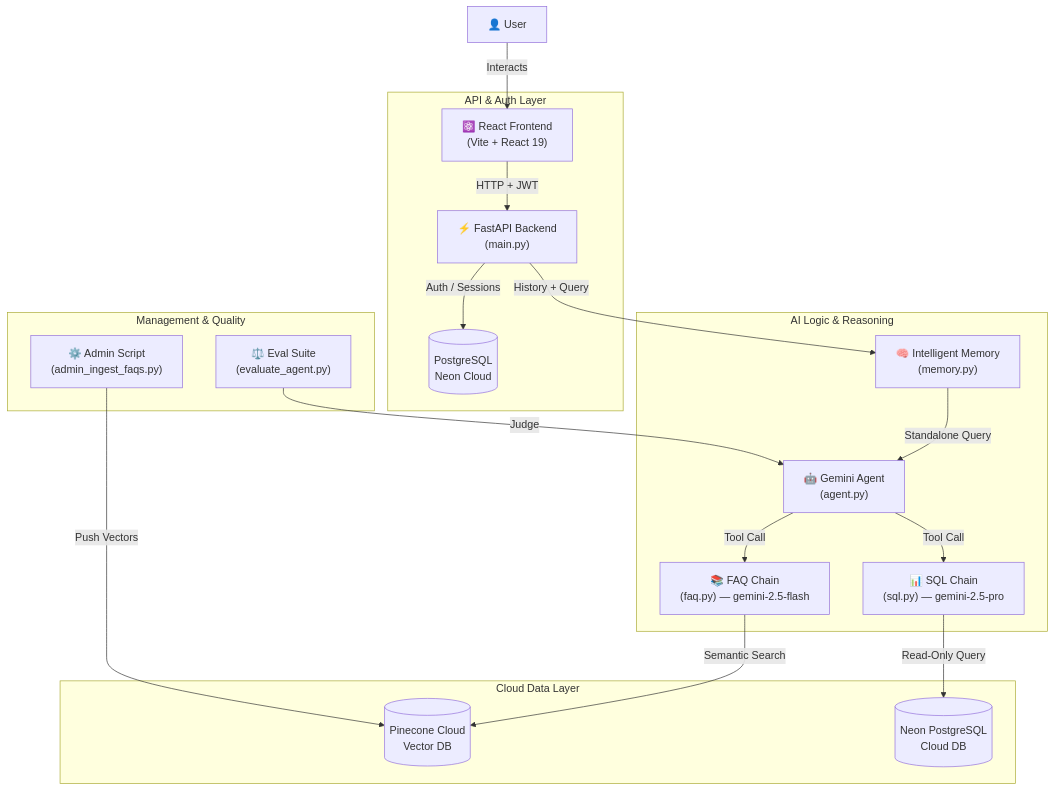
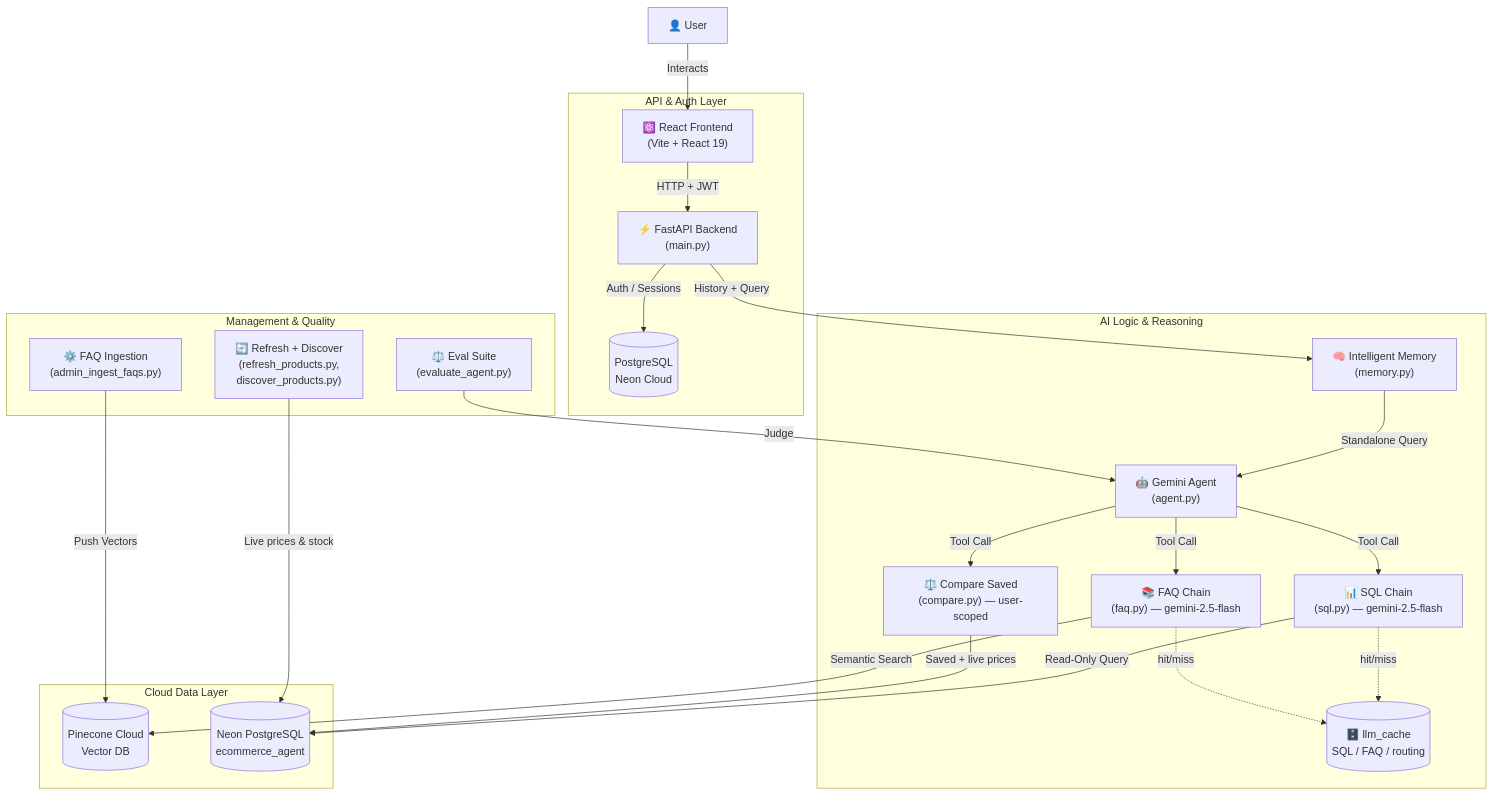
The diagram in README.md (VIVPM/ecommerce-agent), drawn with Mermaid before and after one commit. The commit also changed other lines of this file and 4 other files, not shown here.

````diff
--- a/README.md
+++ b/README.md
@@ -32,32 +35,38 @@
 ```mermaid
 graph TD
     %% Frontend
     User[👤 User] -->|Interacts| React["⚛️ React Frontend<br>(Vite + React 19)"]
 
     %% Auth & API Layer
     subgraph API_Layer [API & Auth Layer]
         React -->|HTTP + JWT| FastAPI["⚡ FastAPI Backend<br>(main.py)"]
         FastAPI -->|Auth / Sessions| DB[(PostgreSQL<br>Neon Cloud)]
     end
 
     %% Logic Layer
     subgraph Backend_Logic [AI Logic & Reasoning]
         FastAPI -->|History + Query| Memory["🧠 Intelligent Memory<br>(memory.py)"]
         Memory -->|Standalone Query| Agent["🤖 Gemini Agent<br>(agent.py)"]
 
         Agent -->|Tool Call| FAQ["📚 FAQ Chain<br>(faq.py) — gemini-2.5-flash"]
-        Agent -->|Tool Call| SQL["📊 SQL Chain<br>(sql.py) — gemini-2.5-pro"]
+        Agent -->|Tool Call| SQL["📊 SQL Chain<br>(sql.py) — gemini-2.5-flash"]
+        Agent -->|Tool Call| CMP["⚖️ Compare Saved<br>(compare.py) — user-scoped"]
+
+        SQL -.->|hit/miss| Cache[("🗄️ llm_cache<br>SQL / FAQ / routing")]
+        FAQ -.->|hit/miss| Cache
     end
 
     %% Data Layer
     subgraph Cloud_Storage [Cloud Data Layer]
         FAQ -->|Semantic Search| Pinecone[(Pinecone Cloud<br>Vector DB)]
-        SQL -->|Read-Only Query| Neon[(Neon PostgreSQL<br>Cloud DB)]
+        SQL -->|Read-Only Query| Neon[(Neon PostgreSQL<br>ecommerce_agent)]
+        CMP -->|Saved + live prices| Neon
     end
 
     %% Admin & Eval
     subgraph Management [Management & Quality]
-        AdminScript["⚙️ Admin Script<br>(admin_ingest_faqs.py)"] -->|Push Vectors| Pinecone
+        AdminScript["⚙️ FAQ Ingestion<br>(admin_ingest_faqs.py)"] -->|Push Vectors| Pinecone
+        Refresh["🔄 Refresh + Discover<br>(refresh_products.py,<br>discover_products.py)"] -->|Live prices & stock| Neon
         EvalSuite["⚖️ Eval Suite<br>(evaluate_agent.py)"] -->|Judge| Agent
     end
 ```
````
